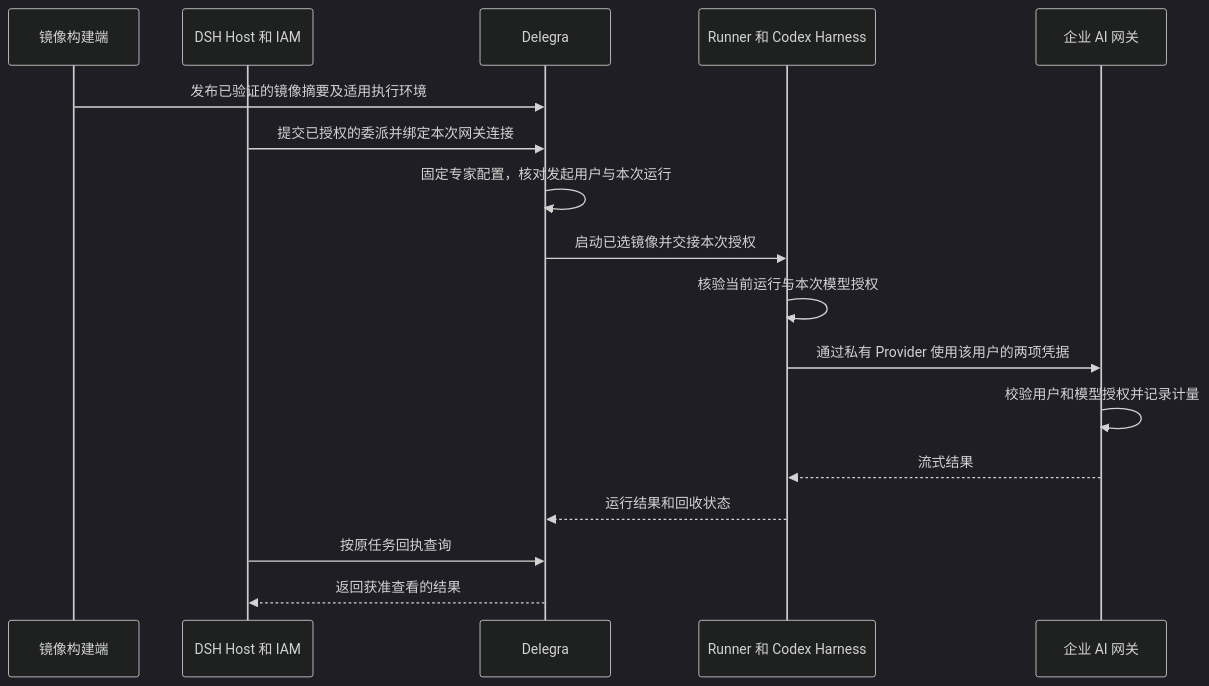
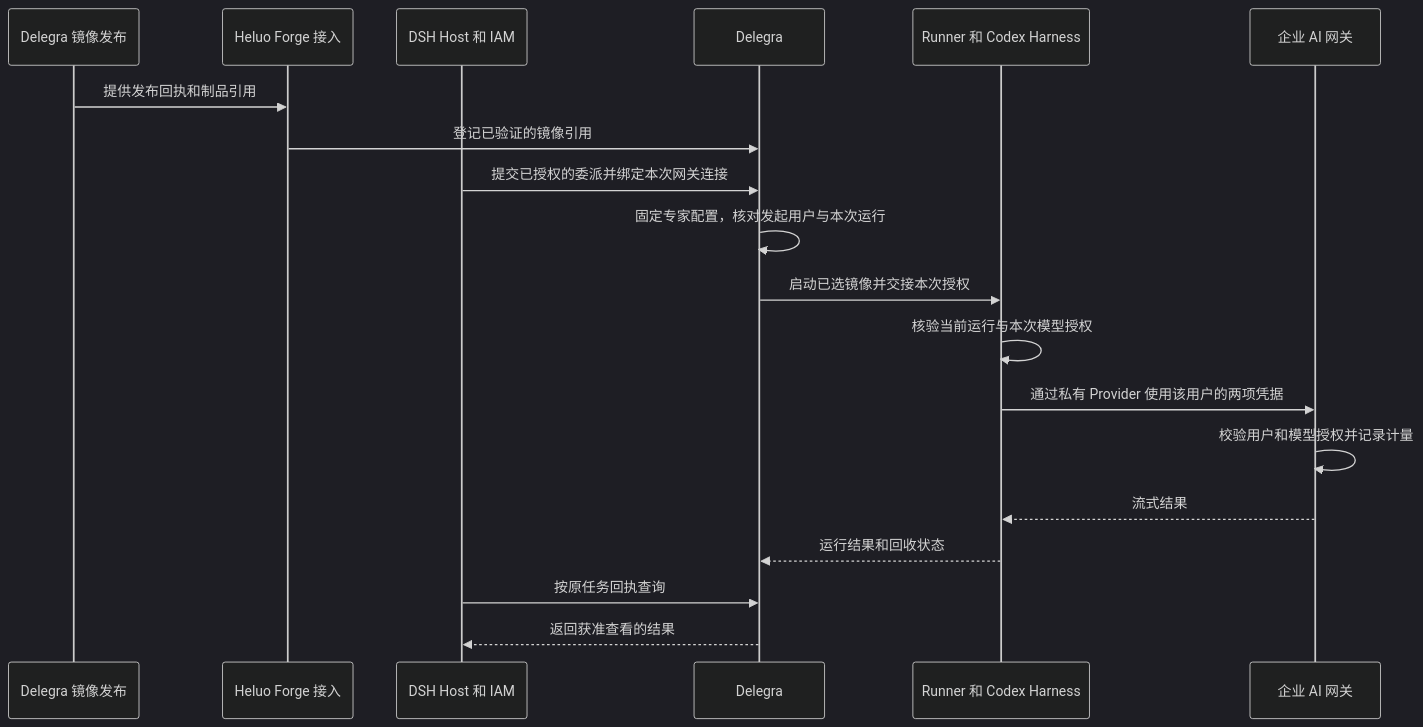
One commit to hrygo/heluo-forge changed the diagram in docs/design/delegra-runtime-images.md. Above: the diagram before and after it, drawn with Mermaid (dark theme). The commit also changed other lines of this file and 49 other files, not shown here.

````diff
--- a/docs/design/delegra-runtime-images.md
+++ b/docs/design/delegra-runtime-images.md
@@ -79,19 +81,21 @@
 ```mermaid
 sequenceDiagram
-    participant B as 镜像构建端
+    participant B as Delegra 镜像发布
+    participant H as Heluo Forge 接入
     participant D as DSH Host 和 IAM
     participant S as Delegra
     participant R as Runner 和 Codex Harness
     participant G as 企业 AI 网关
-    B->>S: 发布已验证的镜像摘要及适用执行环境
+    B->>H: 提供发布回执和制品引用
+    H->>S: 登记已验证的镜像引用
     D->>S: 提交已授权的委派并绑定本次网关连接
     S->>S: 固定专家配置，核对发起用户与本次运行
     S->>R: 启动已选镜像并交接本次授权
     R->>R: 核验当前运行与本次模型授权
     R->>G: 通过私有 Provider 使用该用户的两项凭据
     G->>G: 校验用户和模型授权并记录计量
     G-->>R: 流式结果
     R-->>S: 运行结果和回收状态
     D->>S: 按原任务回执查询
     S-->>D: 返回获准查看的结果
 ```
````
